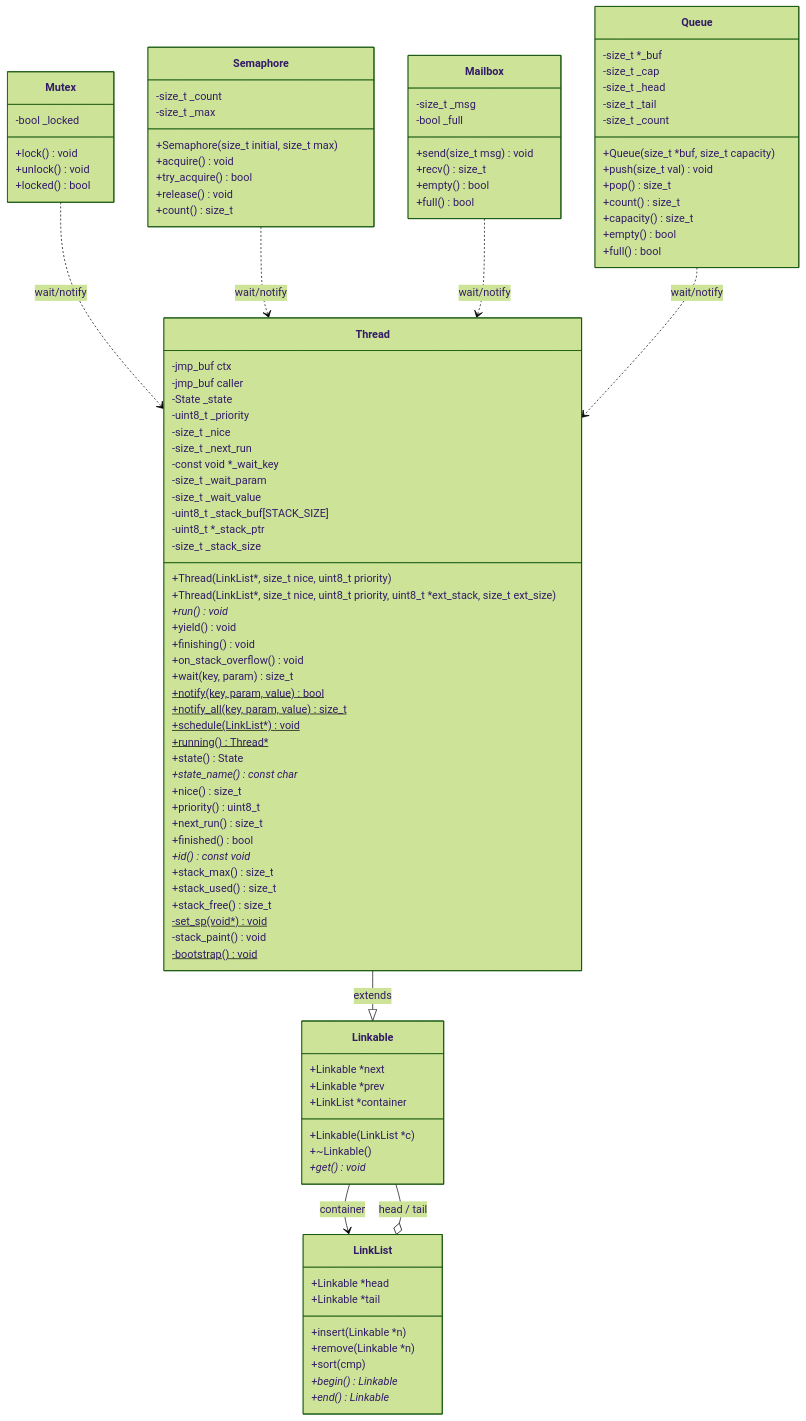
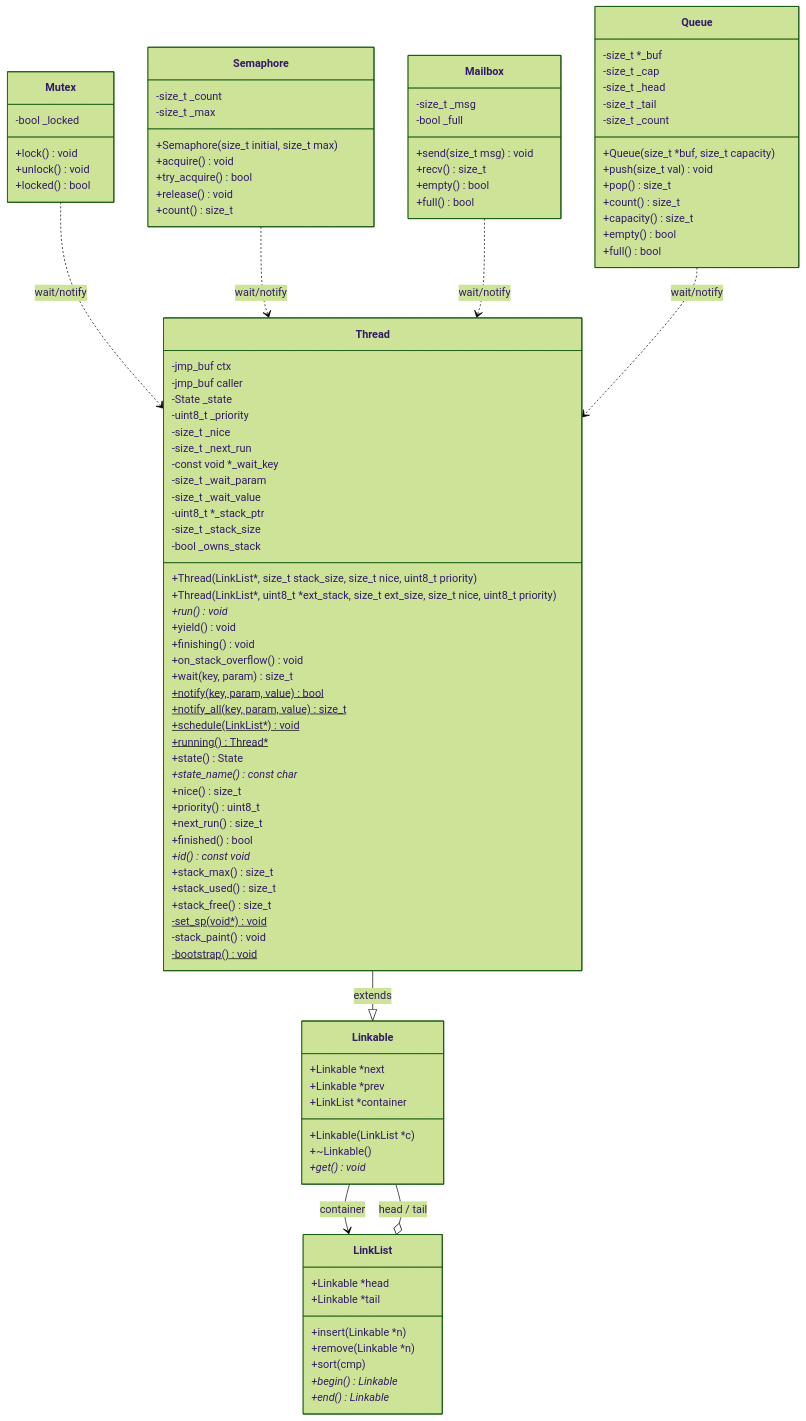
One commit to solariun/paralax changed the first of 6 diagrams in diagram.md. Above: the diagram before and after it, drawn with Mermaid (forest theme). The commit also changed other lines of this file and 9 other files, not shown here.

```diff
--- a/diagram.md
+++ b/diagram.md
@@ -38,11 +38,11 @@
         -const void *_wait_key
         -size_t _wait_param
         -size_t _wait_value
-        -uint8_t _stack_buf[STACK_SIZE]
         -uint8_t *_stack_ptr
         -size_t _stack_size
-        +Thread(LinkList*, size_t nice, uint8_t priority)
-        +Thread(LinkList*, size_t nice, uint8_t priority, uint8_t *ext_stack, size_t ext_size)
+        -bool _owns_stack
+        +Thread(LinkList*, size_t stack_size, size_t nice, uint8_t priority)
+        +Thread(LinkList*, uint8_t *ext_stack, size_t ext_size, size_t nice, uint8_t priority)
         +run()* void
         +yield() void
         +finishing() void
```
